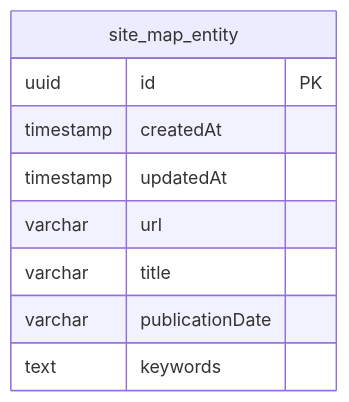
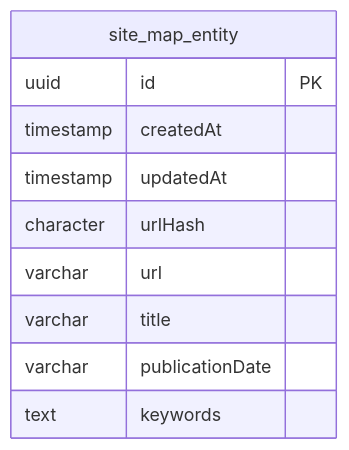
Before and after one commit to Nabhag8848/ingestion-service: the diagram in apps/server/DB_ERD.md, drawn with Mermaid. The commit also changed 5 other files, not shown here.

````diff
--- a/apps/server/DB_ERD.md
+++ b/apps/server/DB_ERD.md
@@ -5,13 +5,14 @@
 ```mermaid
 erDiagram
   site_map_entity {
     uuid id PK
     timestamp createdAt
     timestamp updatedAt
+    character urlHash
     varchar url
     varchar title
     varchar publicationDate
     text keywords
   }
   
 ```
````
